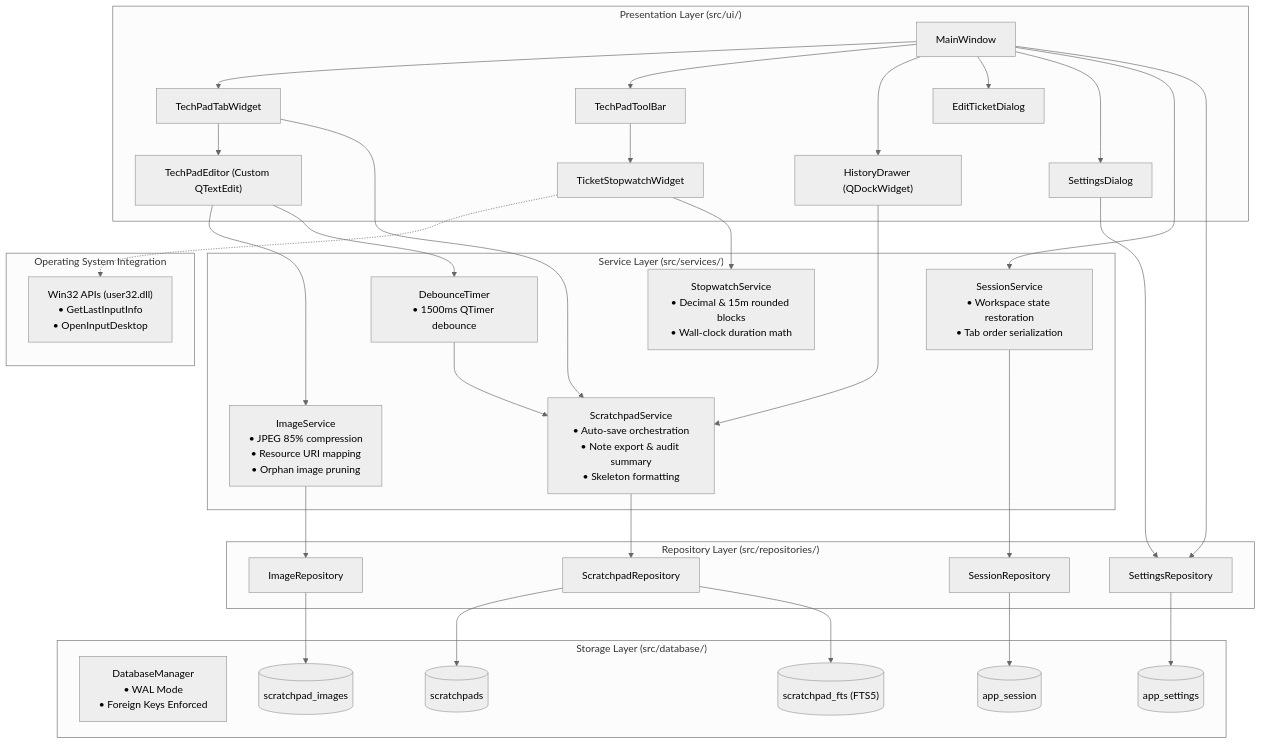
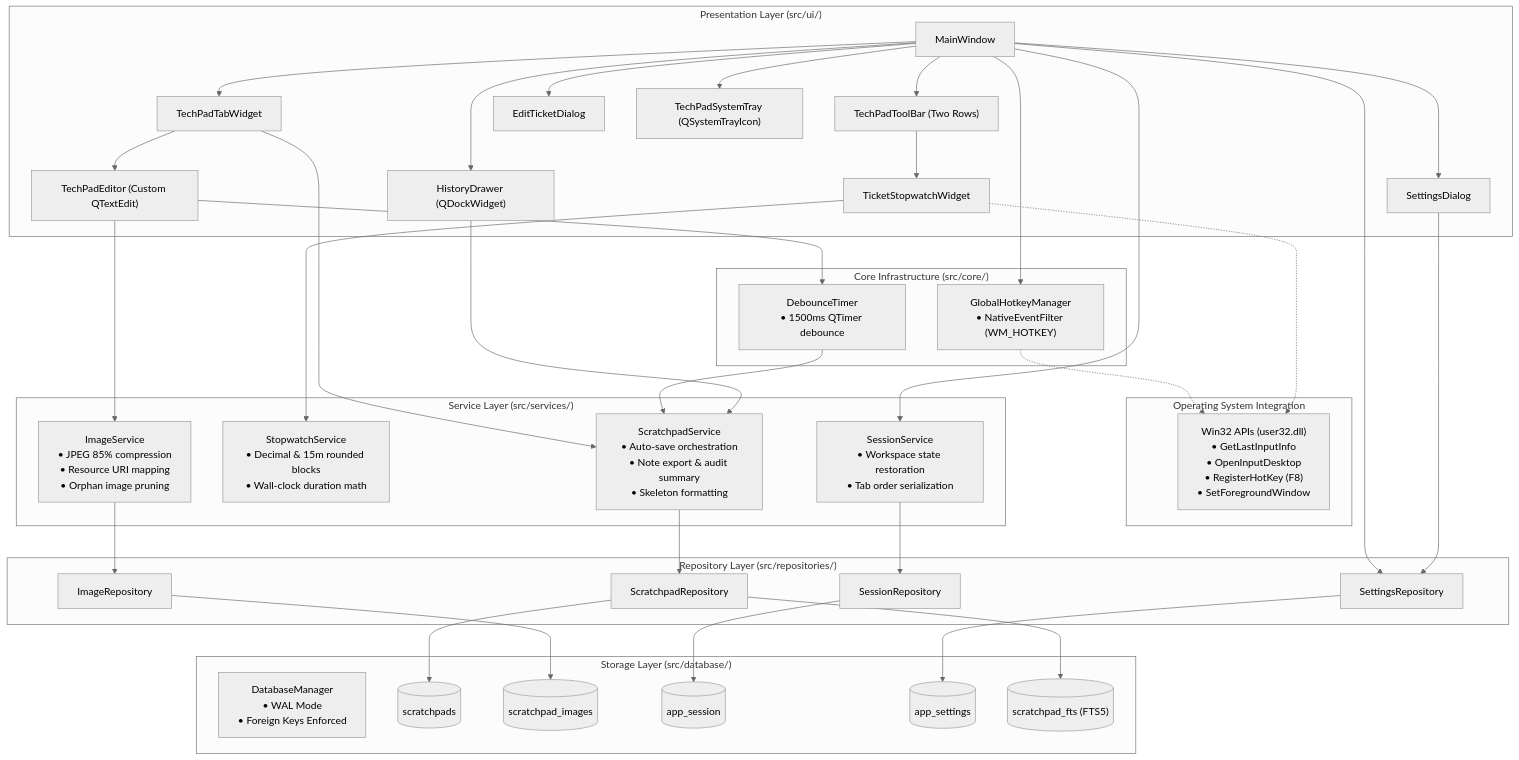
The diagram in docs/architecture/system-overview.md (JDecelles1990/T-Notes), drawn with Mermaid (neutral theme) before and after one commit. The commit also changed other lines of this file and 10 other files, not shown here.

Commit message:
feat: add system tray minimization on close and system-wide F8 quick-toggle hotkey

````diff
--- a/docs/architecture/system-overview.md
+++ b/docs/architecture/system-overview.md
@@ -7,70 +7,78 @@
 ```mermaid
 flowchart TD
     subgraph Presentation ["Presentation Layer (src/ui/)"]
         MW["MainWindow"]
         TW["TechPadTabWidget"]
         ED["TechPadEditor (Custom QTextEdit)"]
-        TB["TechPadToolBar"]
+        TB["TechPadToolBar (Two Rows)"]
         HD["HistoryDrawer (QDockWidget)"]
         ETD["EditTicketDialog"]
         SWW["TicketStopwatchWidget"]
         SD["SettingsDialog"]
+        TRY["TechPadSystemTray (QSystemTrayIcon)"]
     end
 
     subgraph NativeOS ["Operating System Integration"]
-        W32["Win32 APIs (user32.dll)<br/>• GetLastInputInfo<br/>• OpenInputDesktop"]
+        W32["Win32 APIs (user32.dll)<br/>• GetLastInputInfo<br/>• OpenInputDesktop<br/>• RegisterHotKey (F8)<br/>• SetForegroundWindow"]
+    end
+
+    subgraph Core ["Core Infrastructure (src/core/)"]
+        GHM["GlobalHotkeyManager<br/>• NativeEventFilter (WM_HOTKEY)"]
+        DBT["DebounceTimer<br/>• 1500ms QTimer debounce"]
     end
 
     subgraph Services ["Service Layer (src/services/)"]
         SPS["ScratchpadService<br/>• Auto-save orchestration<br/>• Note export & audit summary<br/>• Skeleton formatting"]
         SWS["StopwatchService<br/>• Decimal & 15m rounded blocks<br/>• Wall-clock duration math"]
         IMS["ImageService<br/>• JPEG 85% compression<br/>• Resource URI mapping<br/>• Orphan image pruning"]
         SES["SessionService<br/>• Workspace state restoration<br/>• Tab order serialization"]
-        DBT["DebounceTimer<br/>• 1500ms QTimer debounce"]
     end
 
     subgraph Repositories ["Repository Layer (src/repositories/)"]
         SPR["ScratchpadRepository"]
         IMR["ImageRepository"]
         SER["SessionRepository"]
         SETR["SettingsRepository"]
     end
 
     subgraph Database ["Storage Layer (src/database/)"]
         DBM["DatabaseManager<br/>• WAL Mode<br/>• Foreign Keys Enforced"]
         T_PADS[("scratchpads")]
         T_IMGS[("scratchpad_images")]
         T_SESS[("app_session")]
         T_SETT[("app_settings")]
         T_FTS[("scratchpad_fts (FTS5)")]
     end
 
     MW --> TW
     TW --> ED
     MW --> TB
     MW --> HD
     MW --> ETD
     TB --> SWW
     MW --> SD
+    MW --> TRY
+    MW --> GHM
 
+    GHM -.-> W32
     SWW -.-> W32
     SWW --> SWS
     TW --> SPS
     ED --> IMS
     ED --> DBT
     DBT --> SPS
     MW --> SES
     MW --> SETR
     HD --> SPS
 
     SPS --> SPR
     IMS --> IMR
     SES --> SER
     SD --> SETR
 
     SPR --> T_PADS
     SPR --> T_FTS
     IMR --> T_IMGS
     SER --> T_SESS
     SETR --> T_SETT
 ```
````
